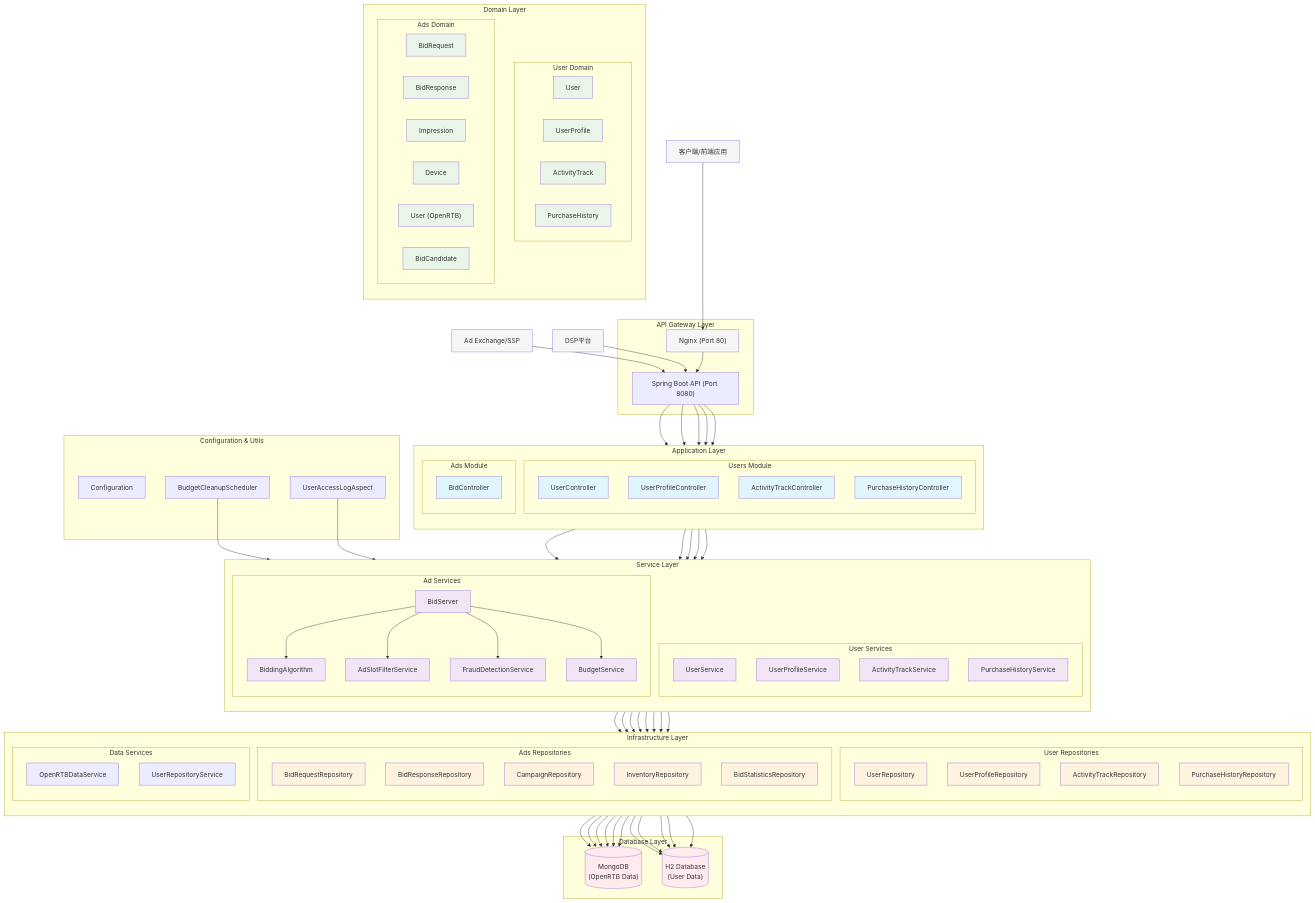
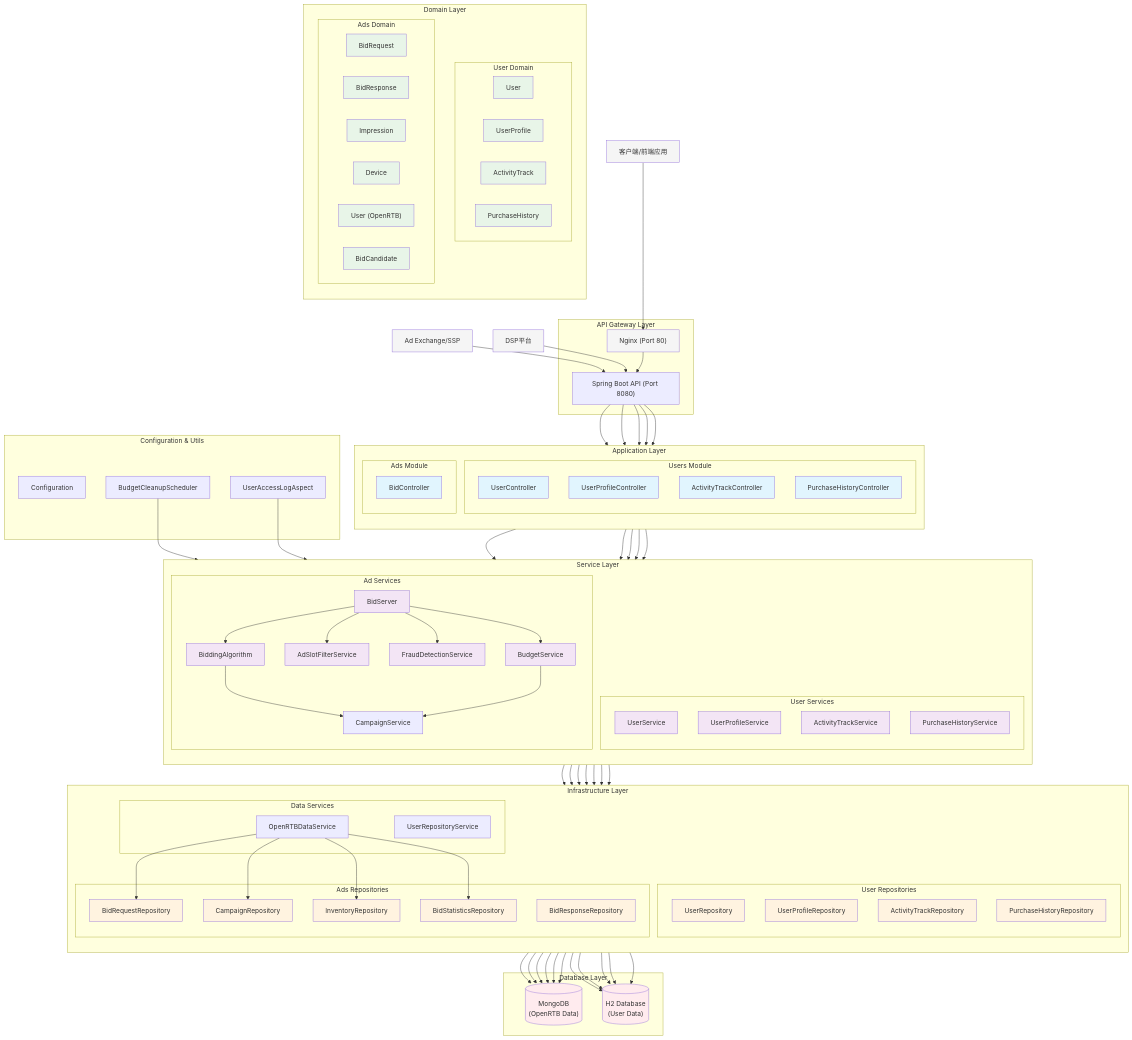
Before and after one commit to songfei1983/play-spring-boot-api: the first of 4 diagrams in architecture-diagram.md, drawn with Mermaid. The commit also changed other lines of this file and 1 other file, not shown here.

First line of the commit message:
更新架构图：添加CampaignService并重构数据访问层

```diff
--- a/architecture-diagram.md
+++ b/architecture-diagram.md
@@ -54,6 +54,7 @@
             ASF["AdSlotFilterService"]
             FDS["FraudDetectionService"]
             BUS["BudgetService"]
+            CS["CampaignService"]
         end
     end
     
@@ -149,10 +150,16 @@
     BS --> FDS
     BS --> BUS
     
-    BA --> BRR
+    BA --> CS
     ASF --> CR
     FDS --> BSR
-    BUS --> IR
+    BUS --> CS
+    
+    CS --> ORDS
+    ORDS --> BRR
+    ORDS --> CR
+    ORDS --> IR
+    ORDS --> BSR
     
     UR --> H2
     UPR --> H2
```
